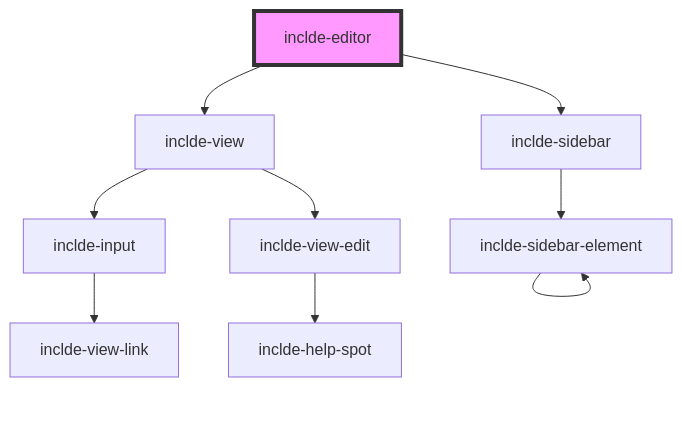
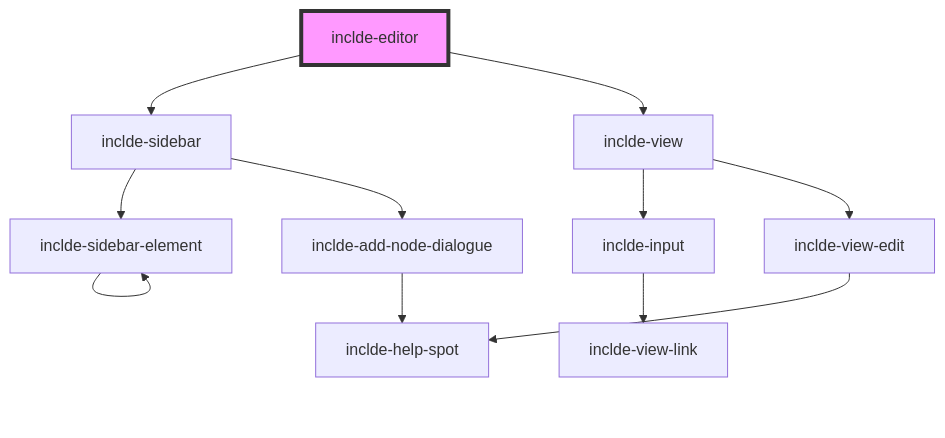
One commit to kit-data-manager/INCLDE changed the diagram in src/components/inclde-editor/readme.md. Above: the diagram before and after it, drawn with Mermaid. The commit also changed 4 other files, not shown here.

````diff
--- a/src/components/inclde-editor/readme.md
+++ b/src/components/inclde-editor/readme.md
@@ -32,12 +32,14 @@
 ```mermaid
 graph TD;
   inclde-editor --> inclde-sidebar
   inclde-editor --> inclde-view
   inclde-sidebar --> inclde-sidebar-element
+  inclde-sidebar --> inclde-add-node-dialogue
   inclde-sidebar-element --> inclde-sidebar-element
+  inclde-add-node-dialogue --> inclde-help-spot
   inclde-view --> inclde-input
   inclde-view --> inclde-view-edit
   inclde-input --> inclde-view-link
   inclde-view-edit --> inclde-help-spot
   style inclde-editor fill:#f9f,stroke:#333,stroke-width:4px
 ```
````
